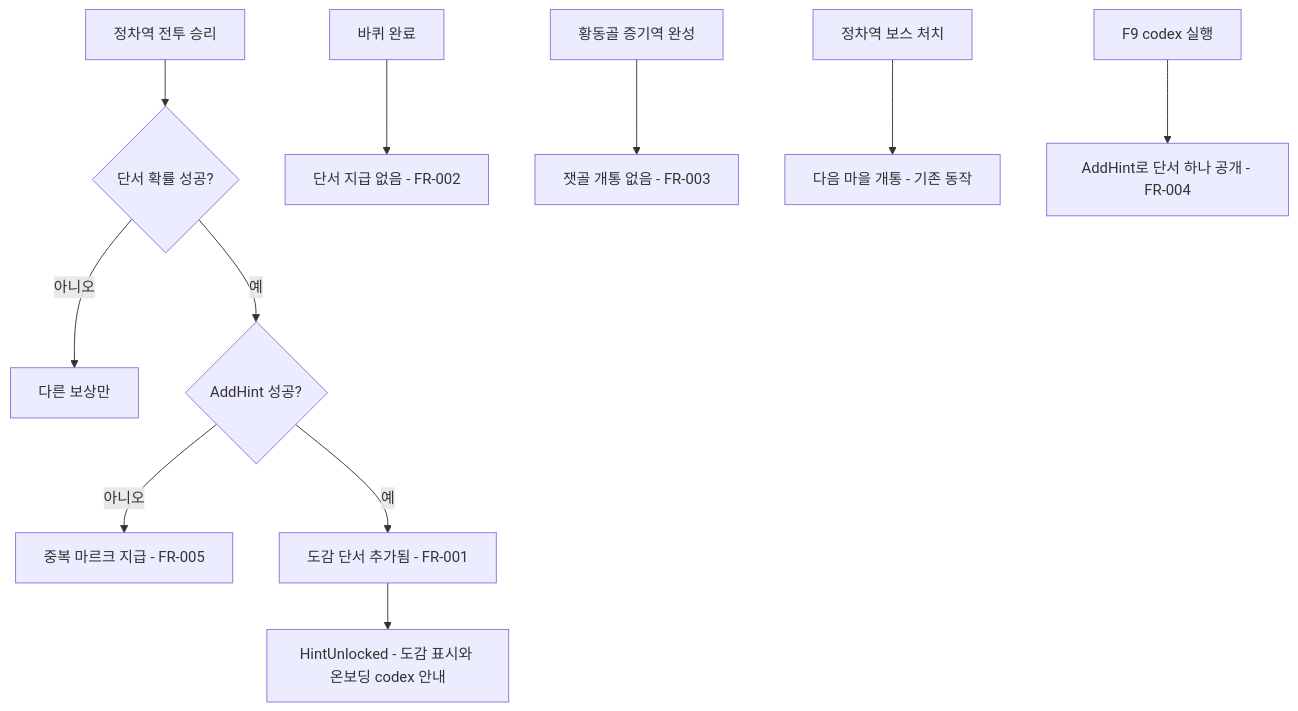
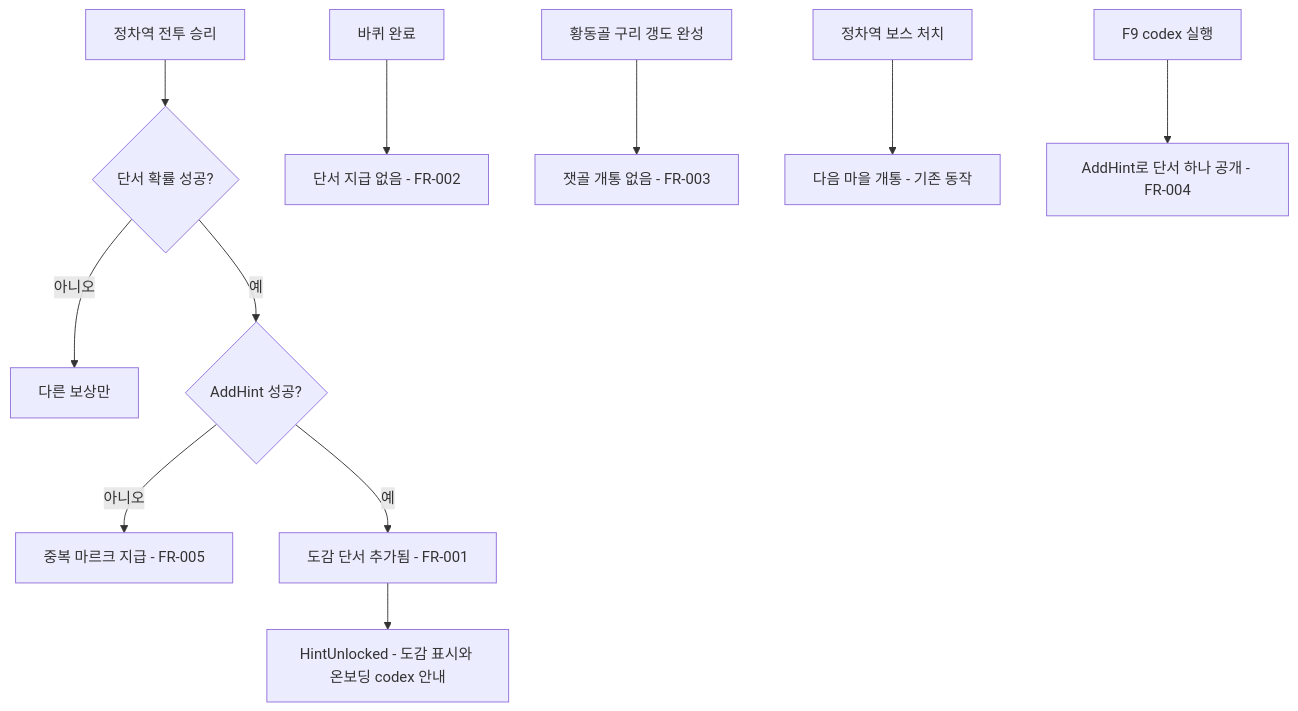
The diagram in docs/specs/005-battle-hint-line-rules.md (npced16/POC_06), drawn with Mermaid before and after one commit. The commit also changed other lines of this file and 10 other files, not shown here.

````diff
--- a/docs/specs/005-battle-hint-line-rules.md
+++ b/docs/specs/005-battle-hint-line-rules.md
@@ -47,13 +47,13 @@
 ```mermaid
 flowchart TD
     A[정차역 전투 승리] --> B{단서 확률 성공?}
     B -- 아니오 --> E[다른 보상만]
     B -- 예 --> C{AddHint 성공?}
     C -- 아니오 --> D[중복 마르크 지급 - FR-005]
     C -- 예 --> F[도감 단서 추가됨 - FR-001]
     F --> G[HintUnlocked - 도감 표시와 온보딩 codex 안내]
     H[바퀴 완료] --> I[단서 지급 없음 - FR-002]
-    J[황동골 증기역 완성] --> K[잿골 개통 없음 - FR-003]
+    J[황동골 구리 갱도 완성] --> K[잿골 개통 없음 - FR-003]
     L[정차역 보스 처치] --> M[다음 마을 개통 - 기존 동작]
     N[F9 codex 실행] --> O[AddHint로 단서 하나 공개 - FR-004]
 ```
````
